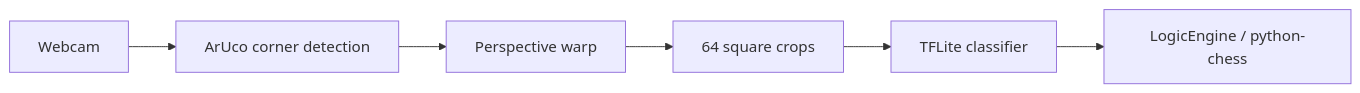
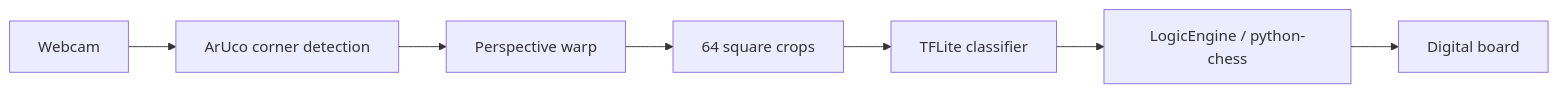
The diagram in README.md (AryanS-afk/Chess-Vision), drawn with Mermaid before and after one commit. The commit also changed other lines of this file, not shown here.

````diff
--- a/README.md
+++ b/README.md
@@ -7,8 +11,9 @@
 ```mermaid
 flowchart LR
     Cam[Webcam] --> ArUco[ArUco corner detection]
     ArUco --> Warp[Perspective warp]
     Warp --> Split[64 square crops]
     Split --> ML[TFLite classifier]
     ML --> Logic[LogicEngine / python-chess]
+    Logic --> GUI[Digital board]
 ```
````
